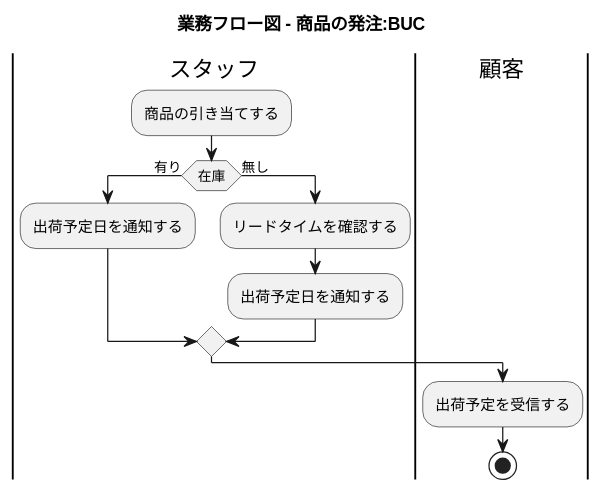
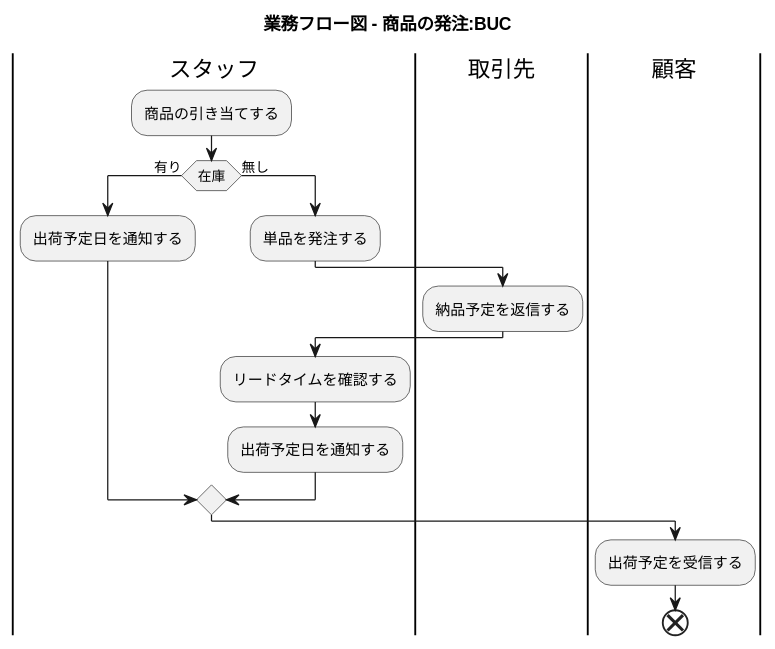
The tenth of 21 diagrams in docs/index.adoc (k2works/application_programing_excercise_2022), drawn with PlantUML before and after one commit. The commit also changed other lines of this file, not shown here.

```diff
--- a/docs/index.adoc
+++ b/docs/index.adoc
@@ -363,22 +362,26 @@
 [plantuml]
 ----
 @startuml
 
 title 業務フロー図 - 商品の発注:BUC
 
 |スタッフ|
 :商品の引き当てする;
 if (在庫) then (有り)
  :出荷予定日を通知する;
 else (無し)
+ :単品を発注する;
+ |取引先|
+ :納品予定を返信する;
+ |スタッフ|
  :リードタイムを確認する;
  :出荷予定日を通知する;
 endif
 
 |顧客|
 :出荷予定を受信する;
 
-stop
+end
 
 @enduml
 ----
```
